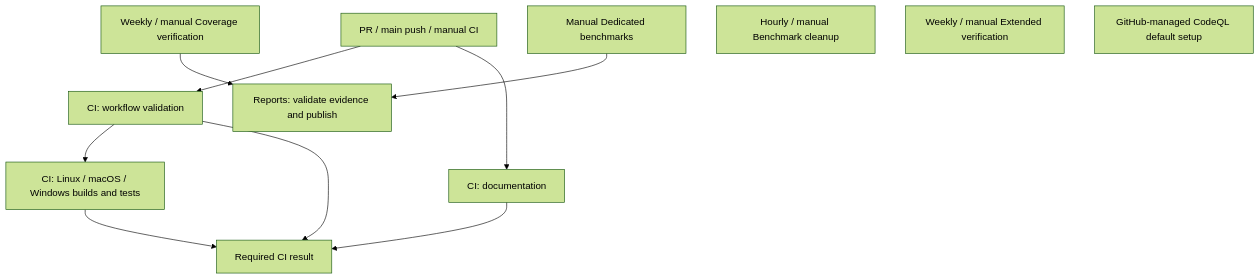
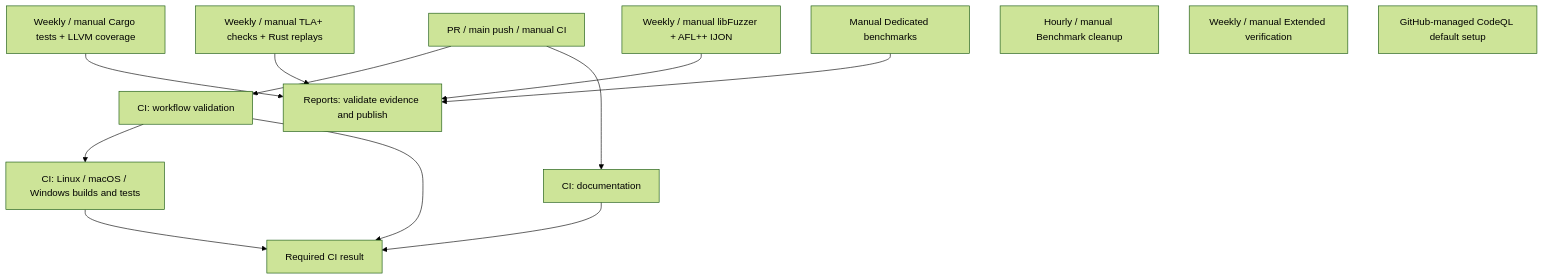
The diagram in docs/wiki/Quality-and-Benchmarks.md (DericHuynh/capntproto), drawn with Mermaid (forest theme) before and after one commit. The commit also changed other lines of this file and 63 other files, not shown here.

Commit message:
Separate verification reporting and add AFL++ IJON fuzzing

````diff
--- a/docs/wiki/Quality-and-Benchmarks.md
+++ b/docs/wiki/Quality-and-Benchmarks.md
@@ -80,14 +82,16 @@
 ```mermaid
 flowchart TD
   event[PR / main push / manual CI] --> checks[CI: workflow validation]
   event --> docs[CI: documentation]
   checks --> platforms[CI: Linux / macOS / Windows builds and tests]
   checks --> result[Required CI result]
   docs --> result
   platforms --> result
-  coverage[Weekly / manual Coverage verification] --> publish[Reports: validate evidence and publish]
+  cargo[Weekly / manual Cargo tests + LLVM coverage] --> publish[Reports: validate evidence and publish]
+  models[Weekly / manual TLA+ checks + Rust replays] --> publish
+  fuzz[Weekly / manual libFuzzer + AFL++ IJON] --> publish
   benchmark[Manual Dedicated benchmarks] --> publish
   cleanup[Hourly / manual Benchmark cleanup]
   extended[Weekly / manual Extended verification]
   codeql[GitHub-managed CodeQL default setup]
 ```
````
